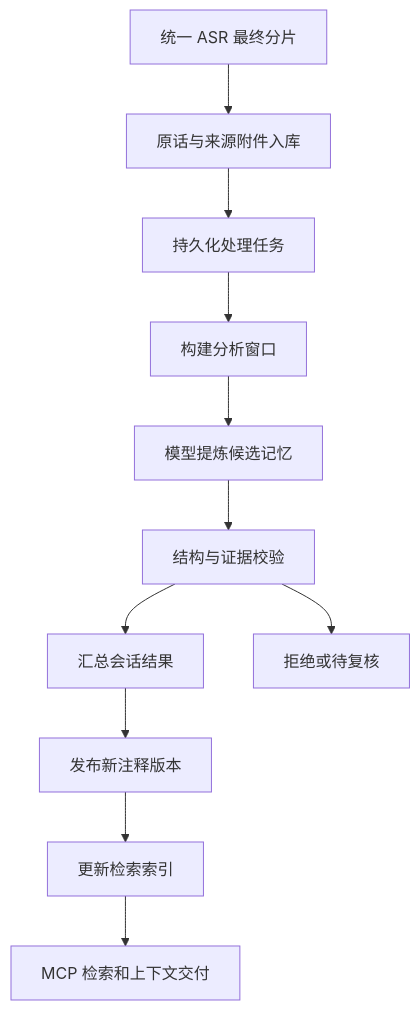
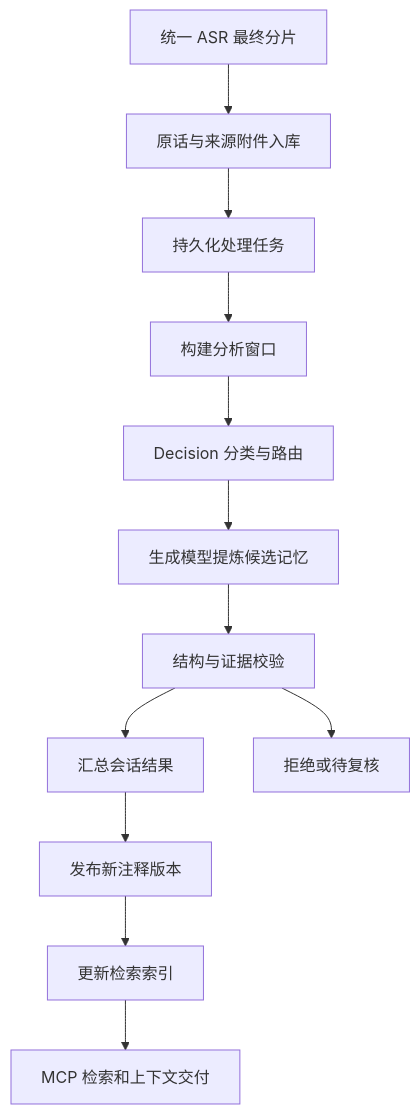
Before and after one commit to evjohn-icu/recording-mcp: the diagram in docs/development-plan.md, drawn with Mermaid. The commit also changed other lines of this file and 1 other file, not shown here.

Commit message:
Specify Decision model processing and Jevbox-inspired retrieval

````diff
--- a/docs/development-plan.md
+++ b/docs/development-plan.md
@@ -25,13 +25,14 @@
 ```mermaid
 flowchart TD
     A[统一 ASR 最终分片] --> B[原话与来源附件入库]
     B --> C[持久化处理任务]
     C --> D[构建分析窗口]
-    D --> E[模型提炼候选记忆]
+    D --> Q[Decision 分类与路由]
+    Q --> E[生成模型提炼候选记忆]
     E --> F[结构与证据校验]
     F --> G[汇总会话结果]
     G --> H[发布新注释版本]
     H --> I[更新检索索引]
     I --> J[MCP 检索和上下文交付]
     F --> K[拒绝或待复核]
 ```
````
